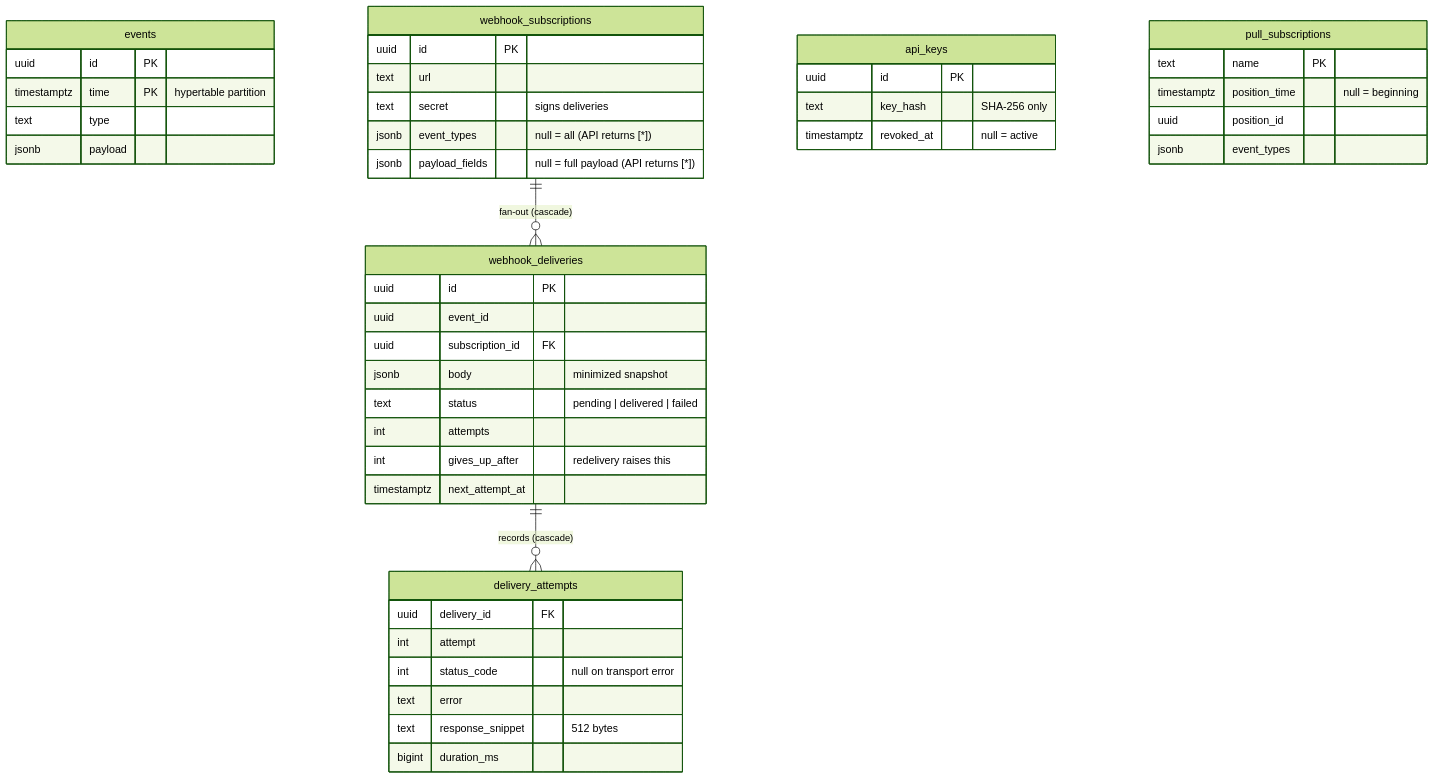
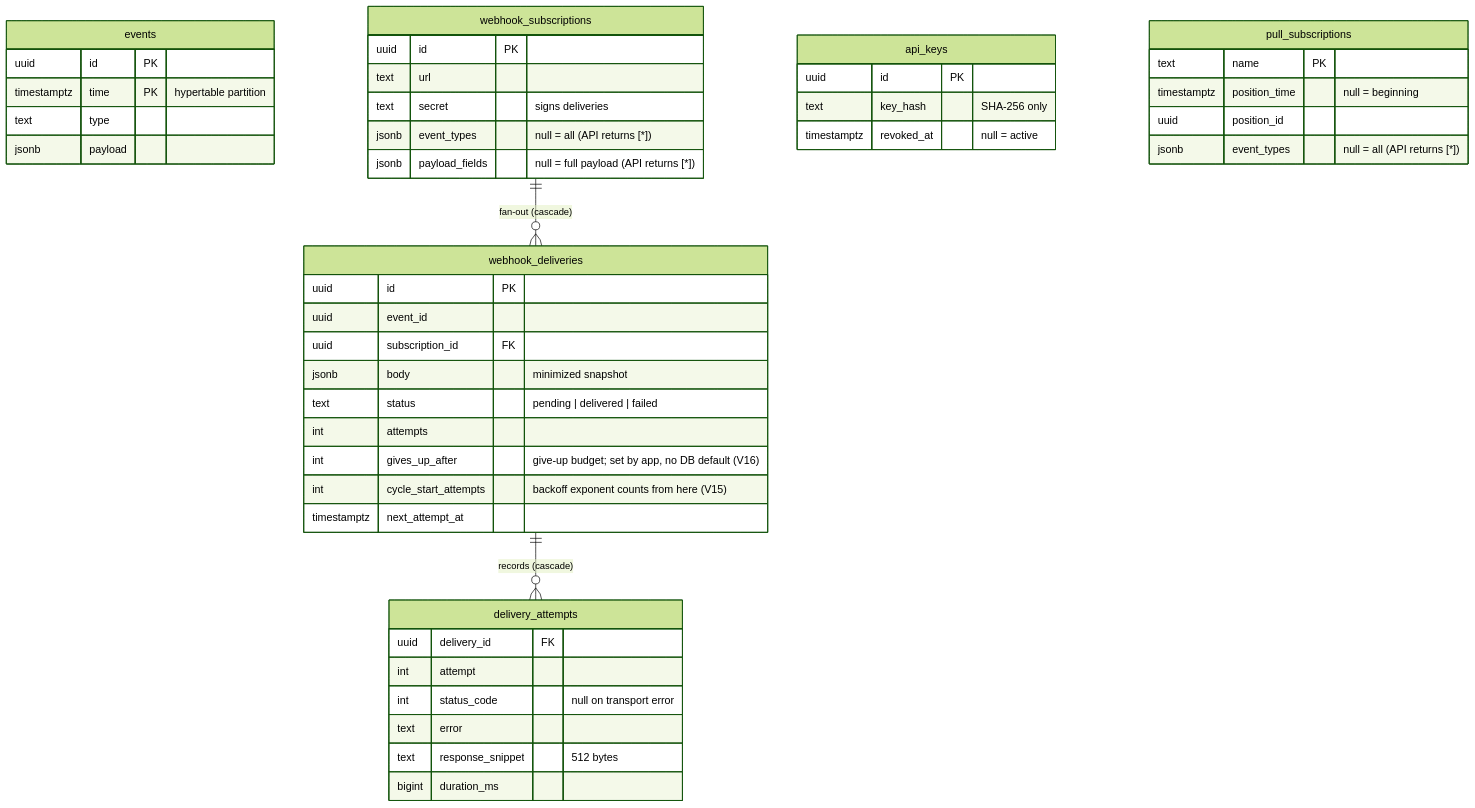
The fifth of 6 diagrams in docs/architecture.md (sharanggupta/eventcore), drawn with Mermaid (forest theme) before and after one commit. The commit also changed other lines of this file and 5 other files, not shown here.

````diff
--- a/docs/architecture.md
+++ b/docs/architecture.md
@@ -152,48 +155,49 @@
 ```mermaid
 erDiagram
     events {
         uuid id PK
         timestamptz time PK "hypertable partition"
         text type
         jsonb payload
     }
     webhook_subscriptions {
         uuid id PK
         text url
         text secret "signs deliveries"
         jsonb event_types "null = all (API returns [*])"
         jsonb payload_fields "null = full payload (API returns [*])"
     }
     webhook_deliveries {
         uuid id PK
         uuid event_id
         uuid subscription_id FK
         jsonb body "minimized snapshot"
         text status "pending | delivered | failed"
         int attempts
-        int gives_up_after "redelivery raises this"
+        int gives_up_after "give-up budget; set by app, no DB default (V16)"
+        int cycle_start_attempts "backoff exponent counts from here (V15)"
         timestamptz next_attempt_at
     }
     delivery_attempts {
         uuid delivery_id FK
         int attempt
         int status_code "null on transport error"
         text error
         text response_snippet "512 bytes"
         bigint duration_ms
     }
     api_keys {
         uuid id PK
         text key_hash "SHA-256 only"
         timestamptz revoked_at "null = active"
     }
     pull_subscriptions {
         text name PK
         timestamptz position_time "null = beginning"
         uuid position_id
-        jsonb event_types
+        jsonb event_types "null = all (API returns [*])"
     }
 
     webhook_subscriptions ||--o{ webhook_deliveries : "fan-out (cascade)"
     webhook_deliveries ||--o{ delivery_attempts : "records (cascade)"
 ```
````
